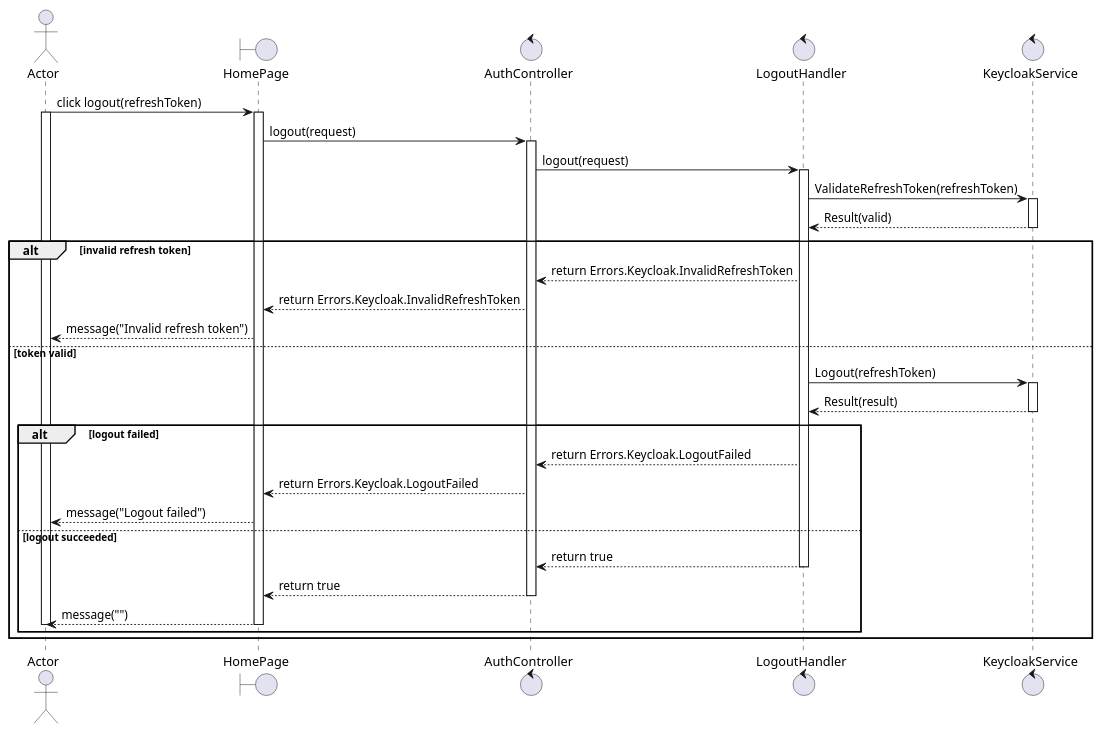
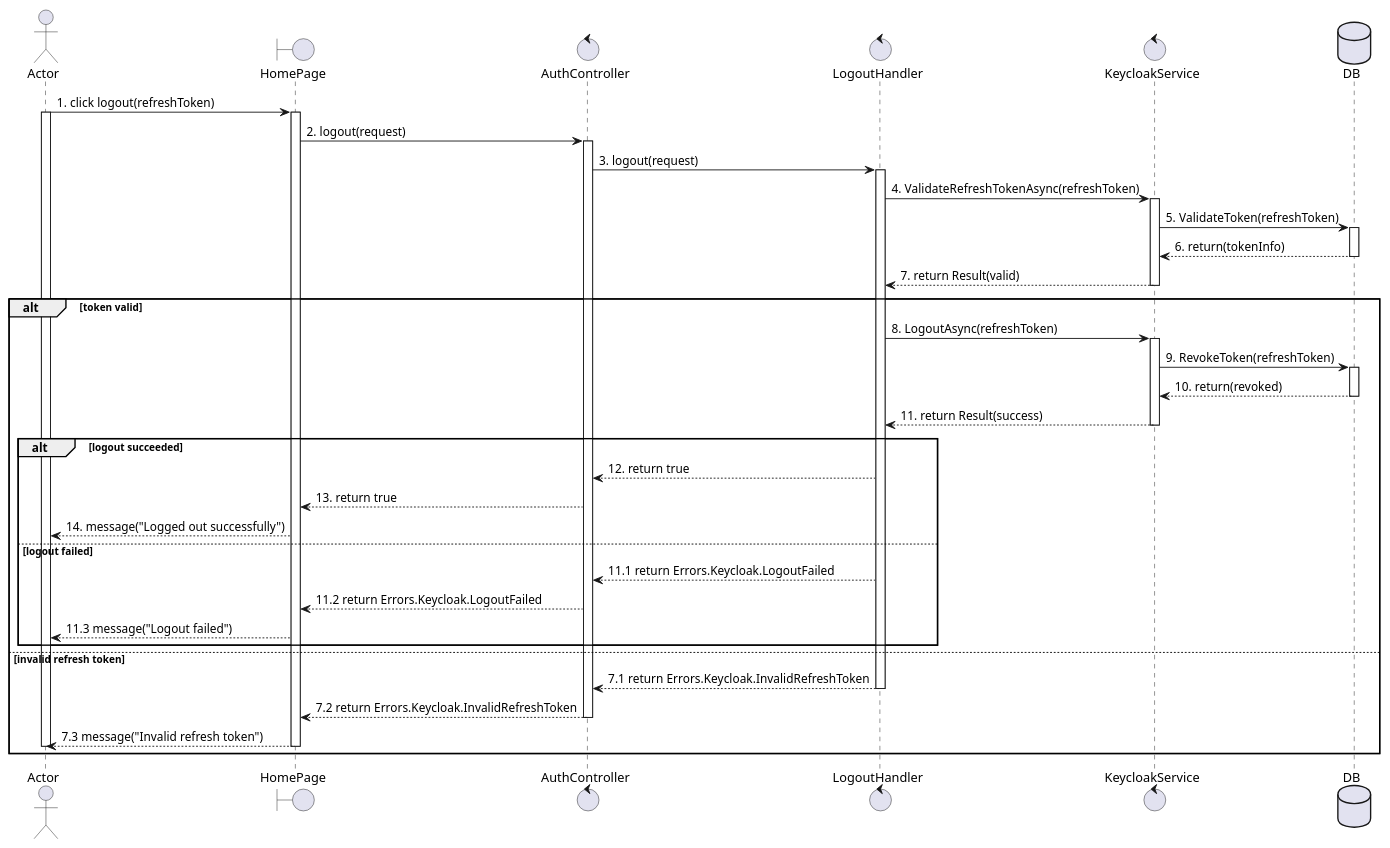
One commit to Young-Z-Generation-YZG/your-comfort-my-apple changed the diagram in docs/usecases/UC4_logout.plantuml. Above: the diagram before and after it, drawn with PlantUML. The commit also changed 7 other files, not shown here.

Commit message:
docs: refactor some old usecases and usecase diagram

```diff
--- a/docs/usecases/UC4_logout.plantuml
+++ b/docs/usecases/UC4_logout.plantuml
@@ -1,48 +1,54 @@
 @startuml UC4_logout
 actor Actor
 boundary HomePage
 control AuthController
 control LogoutHandler
 control KeycloakService
+database DB
 
-Actor -> HomePage: click logout(refreshToken)
+Actor -> HomePage: 1. click logout(refreshToken)
 activate Actor
 activate HomePage
 
-HomePage -> AuthController: logout(request)
+HomePage -> AuthController: 2. logout(request)
 activate AuthController
 
-AuthController -> LogoutHandler: logout(request)
+AuthController -> LogoutHandler: 3. logout(request)
 activate LogoutHandler
-
-LogoutHandler -> KeycloakService: ValidateRefreshToken(refreshToken)
+LogoutHandler -> KeycloakService: 4. ValidateRefreshTokenAsync(refreshToken)
 activate KeycloakService
-KeycloakService --> LogoutHandler: Result(valid)
+KeycloakService -> DB: 5. ValidateToken(refreshToken)
+activate DB
+DB --> KeycloakService: 6. return(tokenInfo)
+deactivate DB
+KeycloakService --> LogoutHandler: 7. return Result(valid)
 deactivate KeycloakService
-
-alt invalid refresh token
-    LogoutHandler --> AuthController: return Errors.Keycloak.InvalidRefreshToken
-    AuthController --> HomePage: return Errors.Keycloak.InvalidRefreshToken
-    HomePage --> Actor: message("Invalid refresh token")
-else token valid
-    LogoutHandler -> KeycloakService: Logout(refreshToken)
+alt token valid
+    LogoutHandler -> KeycloakService: 8. LogoutAsync(refreshToken)
     activate KeycloakService
-    KeycloakService --> LogoutHandler: Result(result)
+    KeycloakService -> DB: 9. RevokeToken(refreshToken)
+    activate DB
+    DB --> KeycloakService: 10. return(revoked)
+    deactivate DB
+    KeycloakService --> LogoutHandler: 11. return Result(success)
     deactivate KeycloakService
-
-    alt logout failed
-        LogoutHandler --> AuthController: return Errors.Keycloak.LogoutFailed
-        AuthController --> HomePage: return Errors.Keycloak.LogoutFailed
-        HomePage --> Actor: message("Logout failed")
-    else logout succeeded
-        LogoutHandler --> AuthController: return true
-        deactivate LogoutHandler
-        AuthController --> HomePage: return true
-        deactivate AuthController
-        HomePage --> Actor: message("")
-        deactivate HomePage
-        deactivate Actor
+    alt logout succeeded
+        LogoutHandler --> AuthController: 12. return true
+        AuthController --> HomePage: 13. return true
+        HomePage --> Actor: 14. message("Logged out successfully")
+    else logout failed
+        LogoutHandler --> AuthController: 11.1 return Errors.Keycloak.LogoutFailed
+        AuthController --> HomePage: 11.2 return Errors.Keycloak.LogoutFailed
+        HomePage --> Actor: 11.3 message("Logout failed")
     end
+else invalid refresh token
+    LogoutHandler --> AuthController: 7.1 return Errors.Keycloak.InvalidRefreshToken
+    deactivate LogoutHandler
+    AuthController --> HomePage: 7.2 return Errors.Keycloak.InvalidRefreshToken
+    deactivate AuthController
+    HomePage --> Actor: 7.3 message("Invalid refresh token")
+    deactivate HomePage
+    deactivate Actor
 end
 
 @enduml
```
